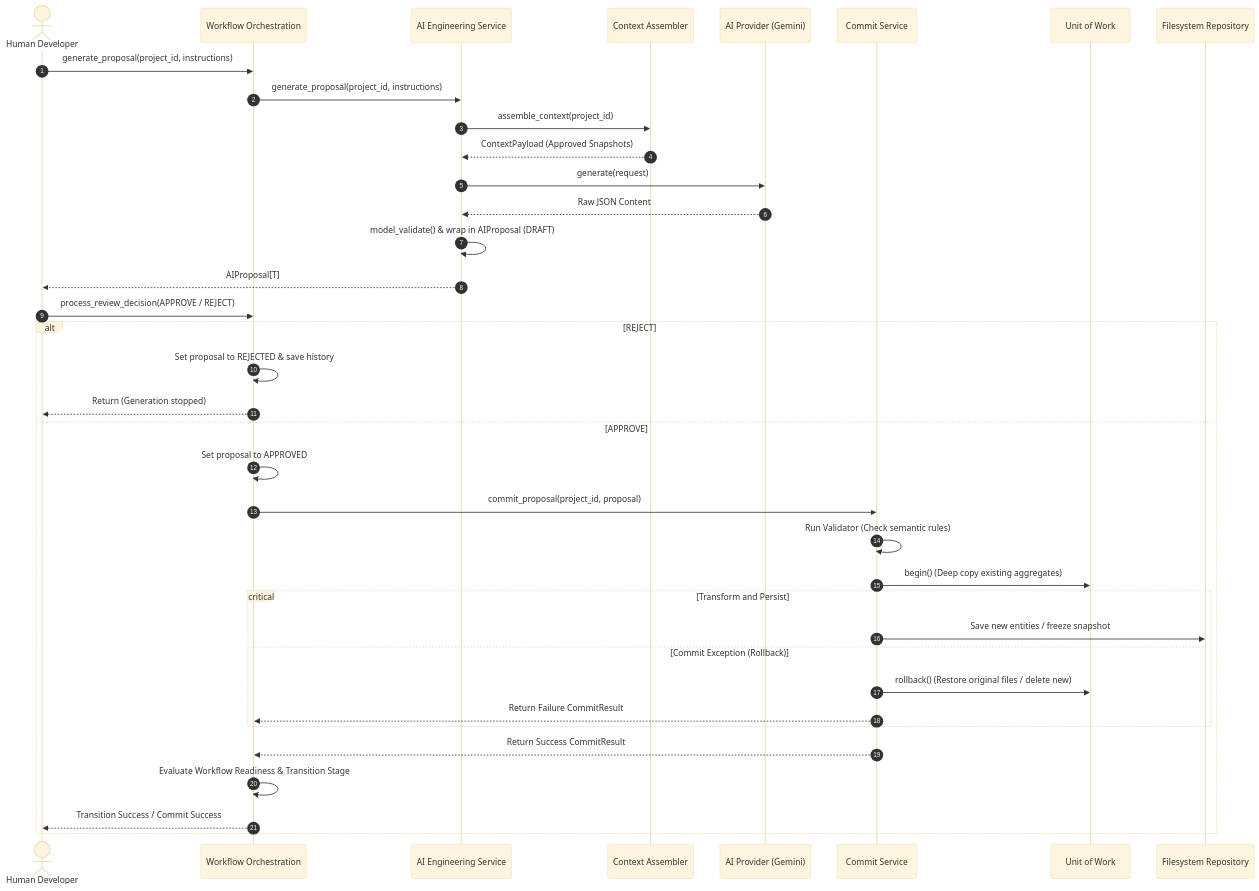
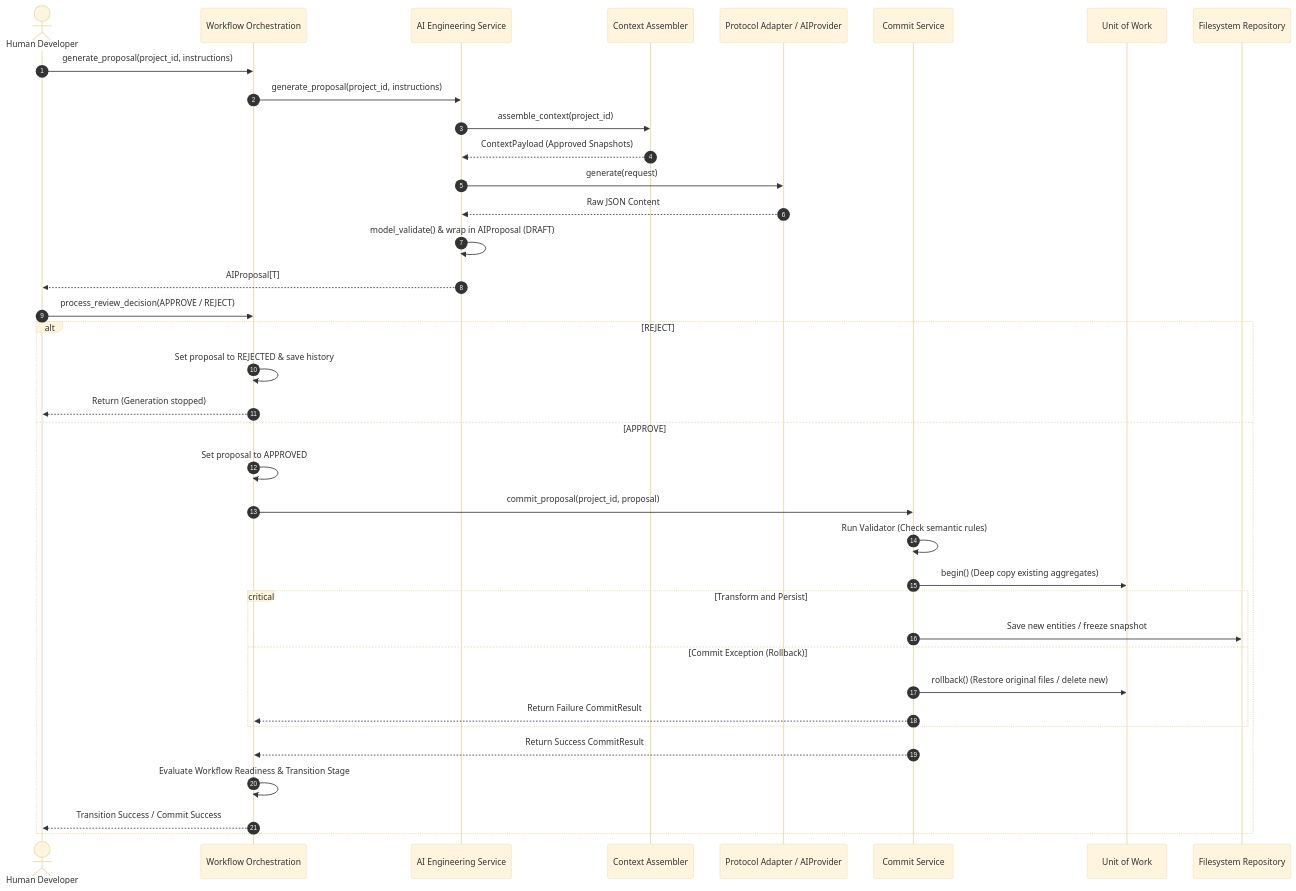
One commit to sahil-mangla/atlas changed the diagram in docs/diagrams/proposal-lifecycle.md. Above: the diagram before and after it, drawn with Mermaid (base theme). The commit also changed 34 other files, not shown here.

````diff
--- a/docs/diagrams/proposal-lifecycle.md
+++ b/docs/diagrams/proposal-lifecycle.md
@@ -5,41 +5,41 @@
 ```mermaid
 sequenceDiagram
     autonumber
     actor User as Human Developer
     participant WO as Workflow Orchestration
     participant ES as AI Engineering Service
     participant CA as Context Assembler
-    participant Prov as AI Provider (Gemini)
+    participant Prov as Protocol Adapter / AIProvider
     participant CS as Commit Service
     participant UOW as Unit of Work
     participant Repo as Filesystem Repository
 
     User->>WO: generate_proposal(project_id, instructions)
     WO->>ES: generate_proposal(project_id, instructions)
     ES->>CA: assemble_context(project_id)
     CA-->>ES: ContextPayload (Approved Snapshots)
     ES->>Prov: generate(request)
     Prov-->>ES: Raw JSON Content
     ES->>ES: model_validate() & wrap in AIProposal (DRAFT)
     ES-->>User: AIProposal[T]
     
     User->>WO: process_review_decision(APPROVE / REJECT)
     alt REJECT
         WO->>WO: Set proposal to REJECTED & save history
         WO-->>User: Return (Generation stopped)
     else APPROVE
         WO->>WO: Set proposal to APPROVED
         WO->>CS: commit_proposal(project_id, proposal)
         CS->>CS: Run Validator (Check semantic rules)
         CS->>UOW: begin() (Deep copy existing aggregates)
         critical Transform and Persist
             CS->>Repo: Save new entities / freeze snapshot
         option Commit Exception (Rollback)
             CS->>UOW: rollback() (Restore original files / delete new)
             CS-->>WO: Return Failure CommitResult
         end
         CS-->>WO: Return Success CommitResult
         WO->>WO: Evaluate Workflow Readiness & Transition Stage
         WO-->>User: Transition Success / Commit Success
     end
 ```
````
